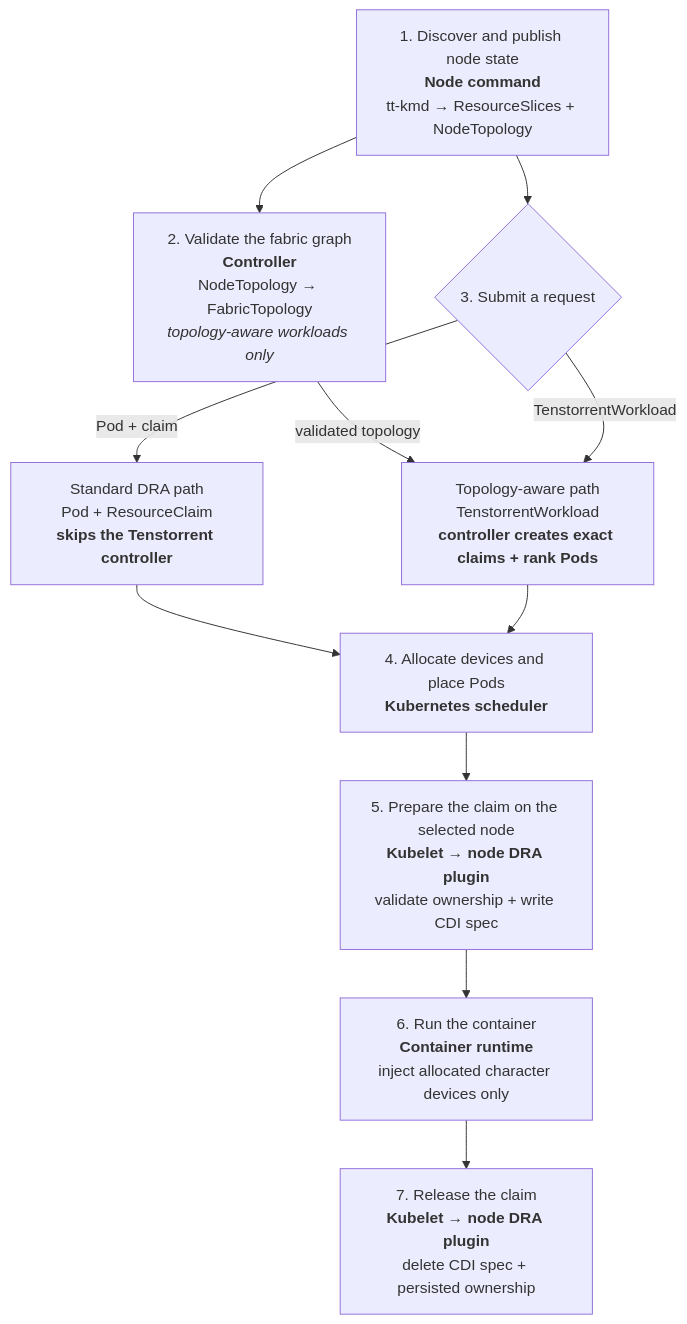
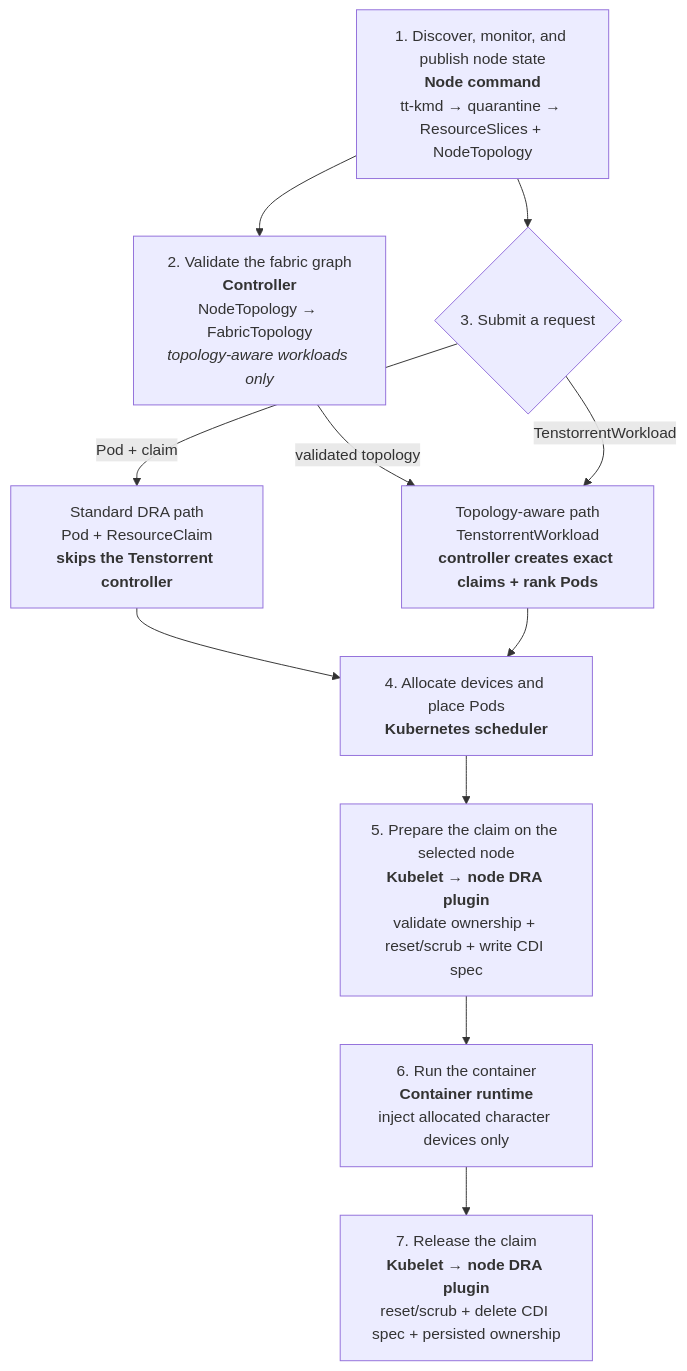
Before and after one commit to varrahan/tenstorrent-dra-framework: the diagram in docs/DESIGN.md, drawn with Mermaid. The commit also changed other lines of this file and 24 other files, not shown here.

````diff
--- a/docs/DESIGN.md
+++ b/docs/DESIGN.md
@@ -22,21 +22,21 @@
 ```mermaid
 flowchart TB
-  S1["1. Discover and publish node state<br/><b>Node command</b><br/>tt-kmd → ResourceSlices + NodeTopology"]
+  S1["1. Discover, monitor, and publish node state<br/><b>Node command</b><br/>tt-kmd → quarantine → ResourceSlices + NodeTopology"]
   S2["2. Validate the fabric graph<br/><b>Controller</b><br/>NodeTopology → FabricTopology<br/><i>topology-aware workloads only</i>"]
   S3{"3. Submit a request"}
   Standard["Standard DRA path<br/>Pod + ResourceClaim<br/><b>skips the Tenstorrent controller</b>"]
   Topology["Topology-aware path<br/>TenstorrentWorkload<br/><b>controller creates exact claims + rank Pods</b>"]
   S4["4. Allocate devices and place Pods<br/><b>Kubernetes scheduler</b>"]
-  S5["5. Prepare the claim on the selected node<br/><b>Kubelet → node DRA plugin</b><br/>validate ownership + write CDI spec"]
+  S5["5. Prepare the claim on the selected node<br/><b>Kubelet → node DRA plugin</b><br/>validate ownership + reset/scrub + write CDI spec"]
   S6["6. Run the container<br/><b>Container runtime</b><br/>inject allocated character devices only"]
-  S7["7. Release the claim<br/><b>Kubelet → node DRA plugin</b><br/>delete CDI spec + persisted ownership"]
+  S7["7. Release the claim<br/><b>Kubelet → node DRA plugin</b><br/>reset/scrub + delete CDI spec + persisted ownership"]
 
   S1 --> S2
   S1 --> S3
   S2 -->|"validated topology"| Topology
   S3 -->|"Pod + claim"| Standard
   S3 -->|"TenstorrentWorkload"| Topology
   Standard --> S4
   Topology --> S4
   S4 --> S5 --> S6 --> S7
 ```
````
